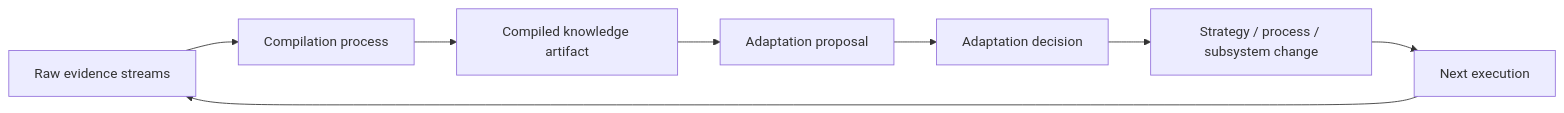
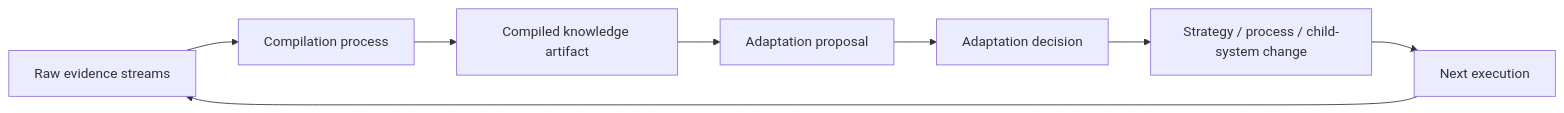
One commit to flooper68/adaptive-problem-solving-systems changed the third of 5 diagrams in framework/VISUALIZATION.md. Above: the diagram before and after it, drawn with Mermaid. The commit also changed other lines of this file and 8 other files, not shown here.

First line of the commit message:
feat: merge subsystem into child system and confirm the minimal relationship model

````diff
--- a/framework/VISUALIZATION.md
+++ b/framework/VISUALIZATION.md
@@ -74,10 +74,10 @@
 ```mermaid
 flowchart LR
     streams["Raw evidence streams"] --> compiler["Compilation process"]
     compiler --> knowledge["Compiled knowledge artifact"]
     knowledge --> proposal["Adaptation proposal"]
     proposal --> decision["Adaptation decision"]
-    decision --> strategy["Strategy / process / subsystem change"]
+    decision --> strategy["Strategy / process / child-system change"]
     strategy --> nextRun["Next execution"]
     nextRun --> streams
 ```
````
